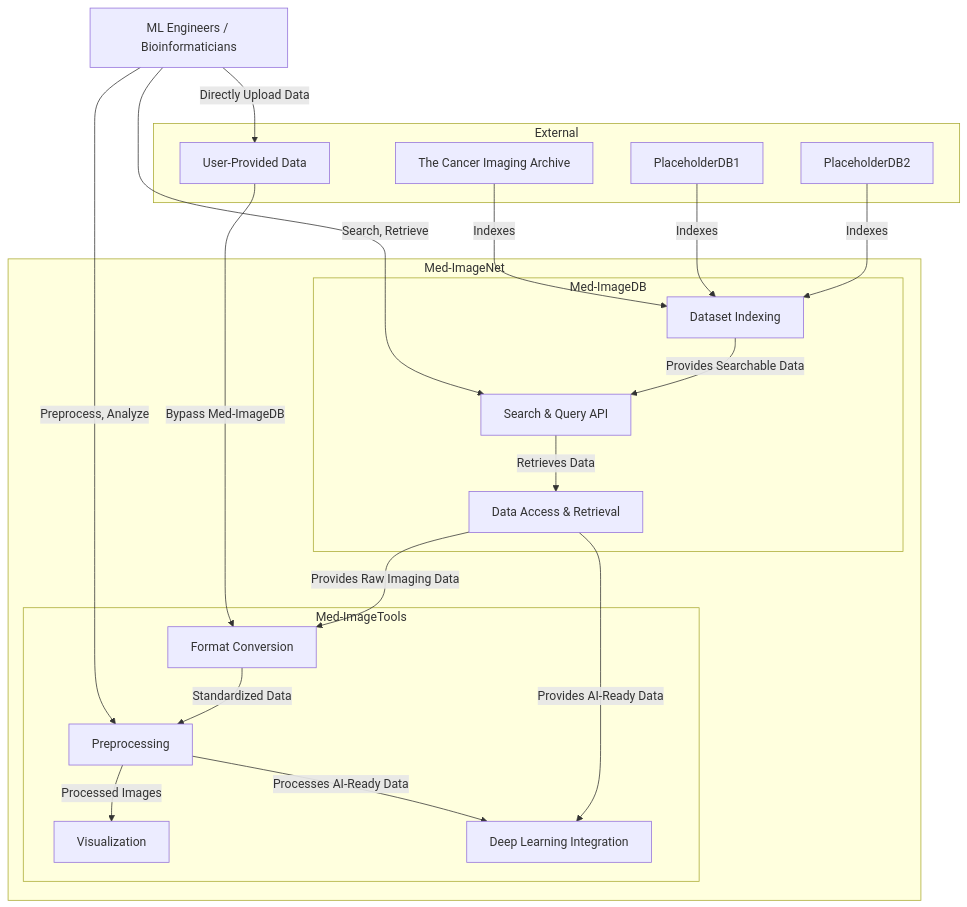
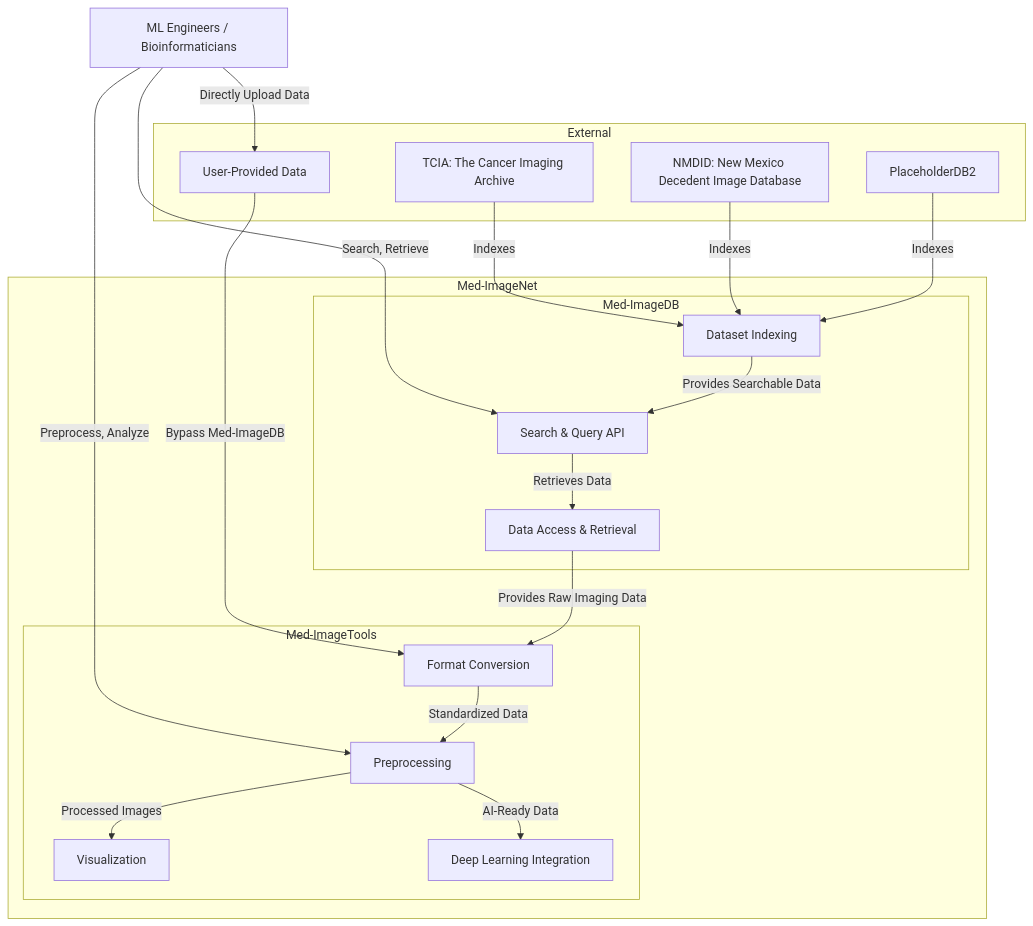
Before and after one commit to bhklab/med-imagenet: the second of 2 diagrams in docs/devnotes/UserStoriesAndArchitecture.md, drawn with Mermaid. The commit also changed other lines of this file and 5 other files, not shown here.

````diff
--- a/docs/devnotes/UserStoriesAndArchitecture.md
+++ b/docs/devnotes/UserStoriesAndArchitecture.md
@@ -123,45 +118,42 @@
 ```mermaid
 graph TD
     subgraph External
-        TCIA[The Cancer Imaging Archive]
-        DB1[PlaceholderDB1]
+        TCIA[TCIA: The Cancer Imaging Archive]
+        DB1[NMDID: New Mexico Decedent Image Database]
         DB2[PlaceholderDB2]
         UserData[User-Provided Data]
     end
 
     subgraph Med-ImageNet
         subgraph Med-ImageDB
             Indexing[Dataset Indexing]
             Query[Search & Query API]
             Access[Data Access & Retrieval]
         end
 
         subgraph Med-ImageTools
             Preprocess[Preprocessing]
             Convert[Format Conversion]
             Visualize[Visualization]
             AI-Ready[Deep Learning Integration]
         end
     end
 
     Users[ML Engineers / Bioinformaticians] -->|Search, Retrieve| Query
     Users -->|Preprocess, Analyze| Preprocess
     Users -->|Directly Upload Data| UserData
 
     TCIA -->|Indexes| Indexing
     DB1 -->|Indexes| Indexing
     DB2 -->|Indexes| Indexing
 
     UserData -->|Bypass Med-ImageDB| Convert
 
     Indexing -->|Provides Searchable Data| Query
     Query -->|Retrieves Data| Access
     Access -->|Provides Raw Imaging Data| Convert
-    Preprocess -->|Processes AI-Ready Data| AI-Ready
-
-    Access -->|Provides AI-Ready Data| AI-Ready
 
     Convert -->|Standardized Data| Preprocess
     Preprocess -->|Processed Images| Visualize
-    
+    Preprocess -->|AI-Ready Data| AI-Ready
 ```
````
